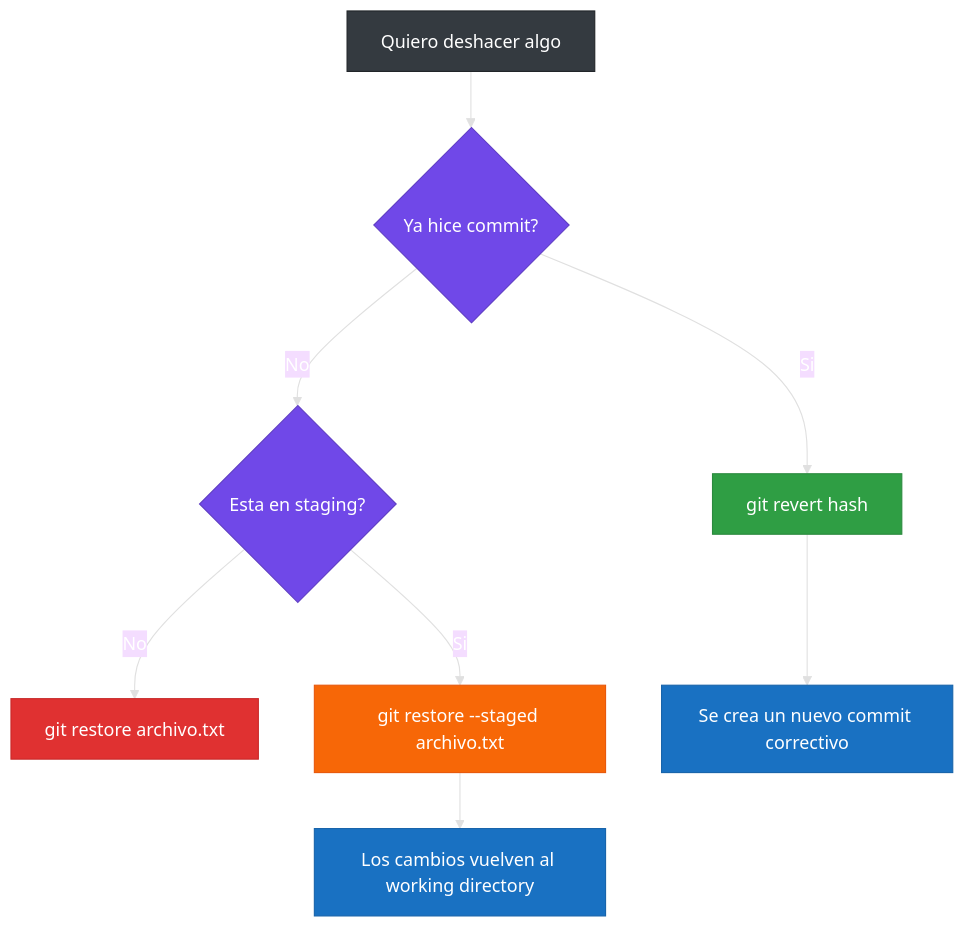
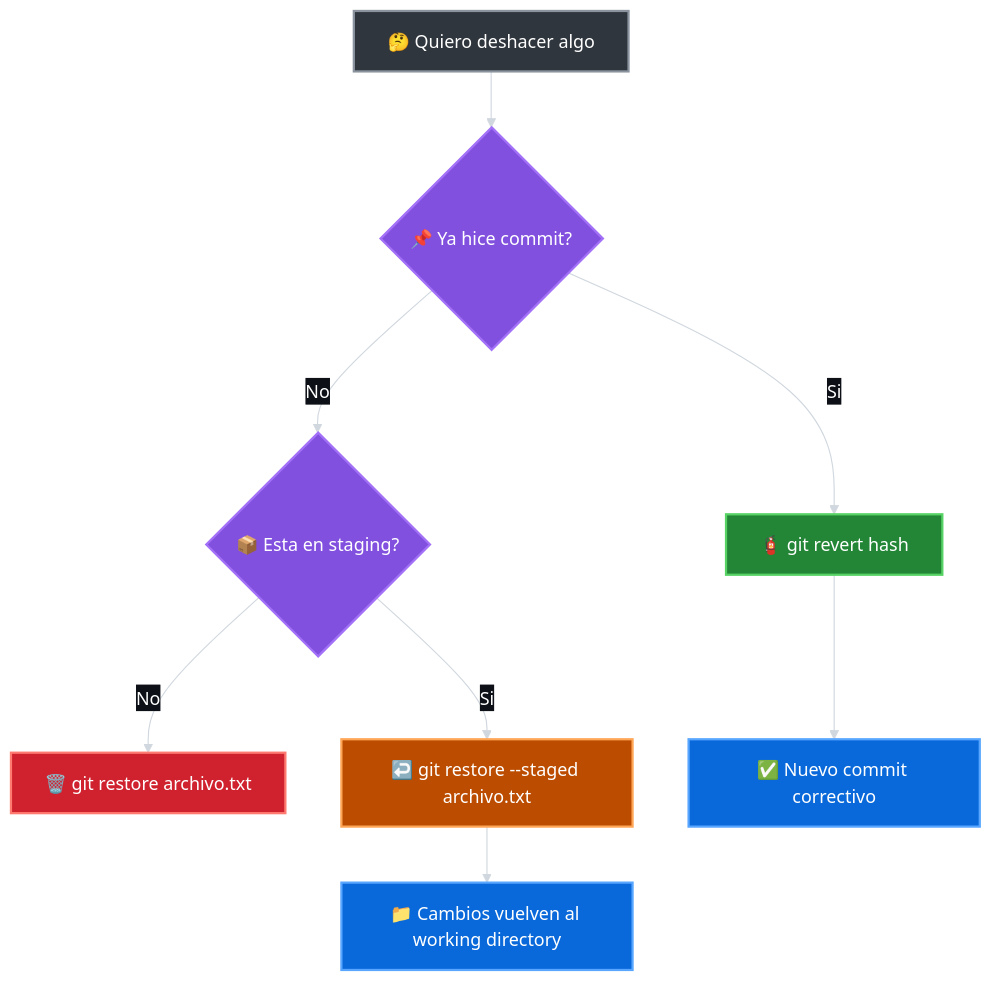
One commit to 7on2/curso-git-github-desde-cero changed the eighth of 9 diagrams in README.md. Above: the diagram before and after it, drawn with Mermaid. The commit also changed other lines of this file, not shown here.

Commit message:
Mejora colores e iconos de diagramas Mermaid

````diff
--- a/README.md
+++ b/README.md
@@ -840,20 +840,20 @@
 ```mermaid
-%%{init: {'theme': 'base', 'themeVariables': {'primaryTextColor': '#fff', 'lineColor': '#e0e0e0'}}}%%
+%%{init: {'theme': 'base', 'themeVariables': {'primaryTextColor': '#ffffff', 'secondaryTextColor': '#ffffff', 'tertiaryTextColor': '#ffffff', 'lineColor': '#d0d7de', 'edgeLabelBackground': '#0d1117', 'fontFamily': 'Arial'}}}%%
 flowchart TD
-    A[Quiero deshacer algo] --> B{Ya hice commit?}
-    B -->|No| C{Esta en staging?}
-    C -->|No| D[git restore archivo.txt]
-    C -->|Si| E[git restore --staged archivo.txt]
-    E --> F[Los cambios vuelven al working directory]
-    B -->|Si| G[git revert hash]
-    G --> H[Se crea un nuevo commit correctivo]
+    A[🤔 Quiero deshacer algo] --> B{📌 Ya hice commit?}
+    B -->|No| C{📦 Esta en staging?}
+    C -->|No| D[🗑️ git restore archivo.txt]
+    C -->|Si| E[↩️ git restore --staged archivo.txt]
+    E --> F[📁 Cambios vuelven al working directory]
+    B -->|Si| G[🧯 git revert hash]
+    G --> H[✅ Nuevo commit correctivo]
 
-    style A fill:#343a40,stroke:#212529,color:#fff
-    style B fill:#7048e8,stroke:#5f3dc4,color:#fff
-    style C fill:#7048e8,stroke:#5f3dc4,color:#fff
-    style D fill:#e03131,stroke:#c92a2a,color:#fff
-    style E fill:#f76707,stroke:#e8590c,color:#fff
-    style F fill:#1971c2,stroke:#1864ab,color:#fff
-    style G fill:#2f9e44,stroke:#2b8a3e,color:#fff
-    style H fill:#1971c2,stroke:#1864ab,color:#fff
+    style A fill:#30363d,stroke:#8b949e,stroke-width:2px,color:#ffffff
+    style B fill:#8250df,stroke:#a371f7,stroke-width:2px,color:#ffffff
+    style C fill:#8250df,stroke:#a371f7,stroke-width:2px,color:#ffffff
+    style D fill:#cf222e,stroke:#ff7b72,stroke-width:2px,color:#ffffff
+    style E fill:#bc4c00,stroke:#ffa657,stroke-width:2px,color:#ffffff
+    style F fill:#0969da,stroke:#58a6ff,stroke-width:2px,color:#ffffff
+    style G fill:#238636,stroke:#56d364,stroke-width:2px,color:#ffffff
+    style H fill:#0969da,stroke:#58a6ff,stroke-width:2px,color:#ffffff
 ```
````
